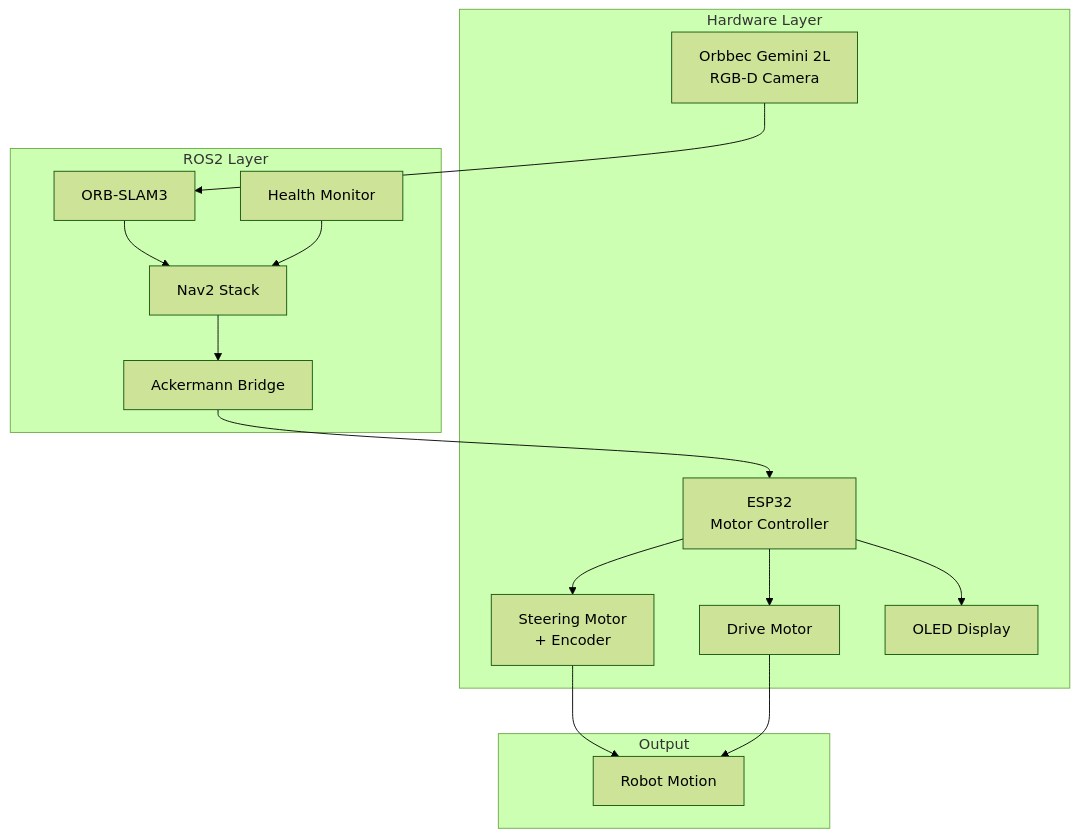
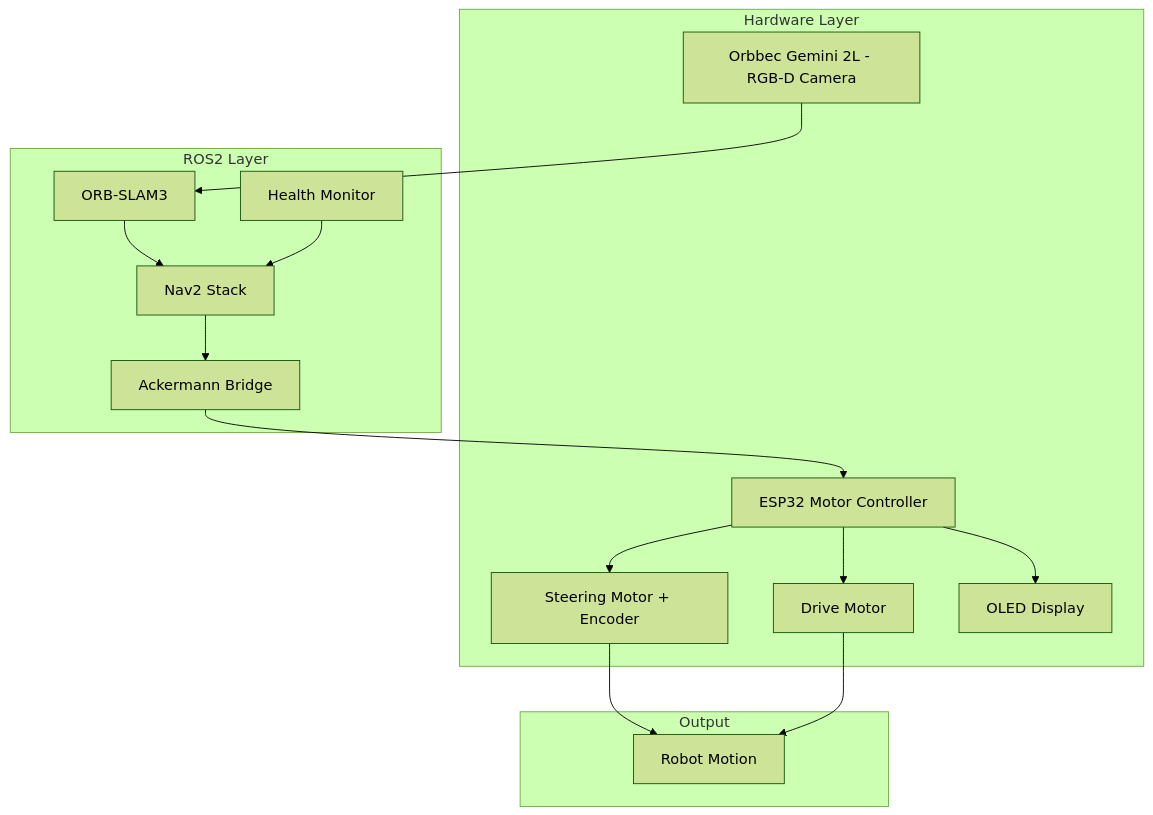
The first of 13 diagrams in SYSTEM_DOCUMENTATION.md (KashmeeraTT/Ackerman_UGV), drawn with Mermaid (forest theme) before and after one commit. The commit also changed other lines of this file, not shown here.

Commit message:
docs: Simplify mermaid diagram labels, subgraph titles, and minor text for improved readability.

````diff
--- a/SYSTEM_DOCUMENTATION.md
+++ b/SYSTEM_DOCUMENTATION.md
@@ -33,32 +33,32 @@
 ```mermaid
 graph TB
-    subgraph "Hardware Layer"
-        CAM[Orbbec Gemini 2L<br/>RGB-D Camera]
-        ESP[ESP32<br/>Motor Controller]
-        STEER[Steering Motor<br/>+ Encoder]
+    subgraph HW[Hardware Layer]
+        CAM[Orbbec Gemini 2L - RGB-D Camera]
+        ESP[ESP32 Motor Controller]
+        STEER[Steering Motor + Encoder]
         DRIVE[Drive Motor]
         OLED[OLED Display]
     end
     
-    subgraph "ROS2 Layer"
+    subgraph ROS[ROS2 Layer]
         VSLAM[ORB-SLAM3]
         NAV[Nav2 Stack]
         BRIDGE[Ackermann Bridge]
         HEALTH[Health Monitor]
     end
     
-    subgraph "Output"
+    subgraph OUT[Output]
         MOTION[Robot Motion]
     end
     
     CAM --> VSLAM
     VSLAM --> NAV
     NAV --> BRIDGE
     BRIDGE --> ESP
     ESP --> STEER
     ESP --> DRIVE
     STEER --> MOTION
     DRIVE --> MOTION
     ESP --> OLED
     HEALTH --> NAV
 ```
````
